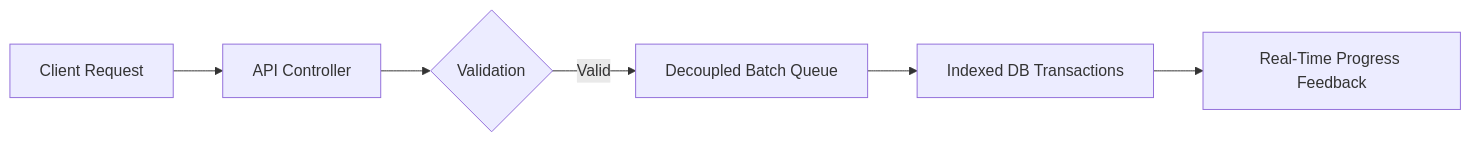
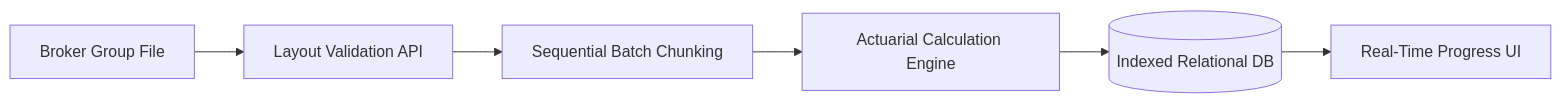
The first of 3 diagrams in README.md (jonatascrizel/jonatascrizel), drawn with Mermaid before and after one commit. The commit also changed other lines of this file and 4 other files, not shown here.

````diff
--- a/README.md
+++ b/README.md
@@ -23,8 +24,8 @@
 ```mermaid
 flowchart LR
-    A[Client Request] --> B[API Controller]
-    B --> C{Validation}
-    C -->|Valid| D[Decoupled Batch Queue]
-    D --> E[Indexed DB Transactions]
-    E --> F[Real-Time Progress Feedback]
+    A[Broker Group File] --> B[Layout Validation API]
+    B --> C[Sequential Batch Chunking]
+    C --> D[Actuarial Calculation Engine]
+    D --> E[(Indexed Relational DB)]
+    E --> F[Real-Time Progress UI]
 ```
````
